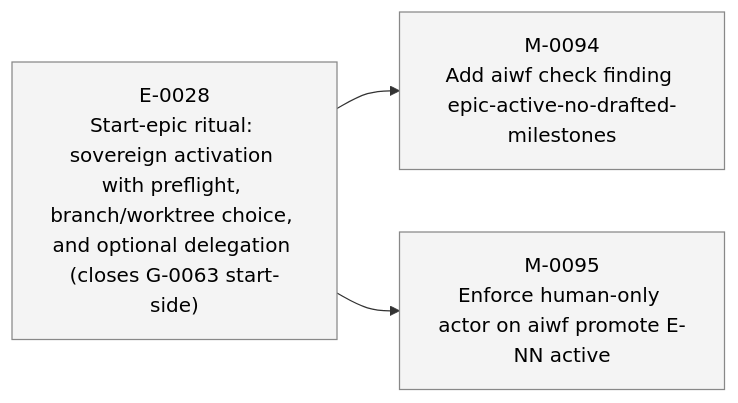
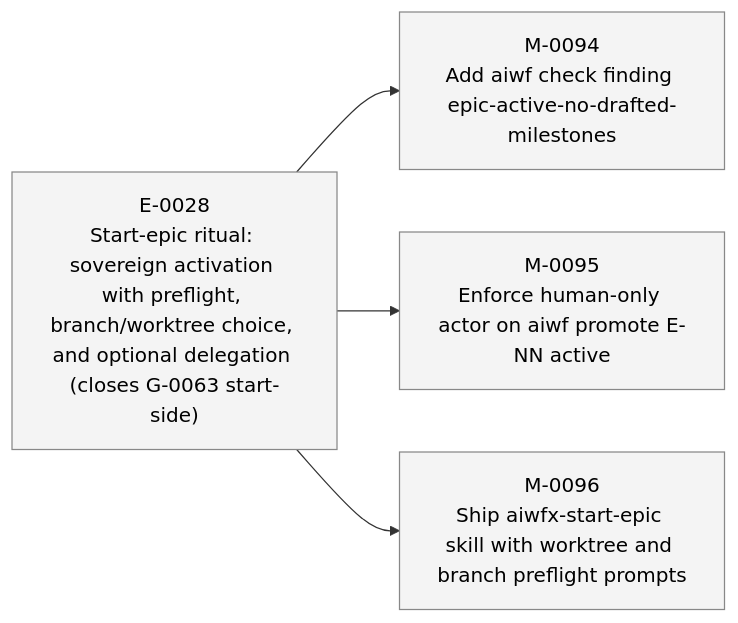
The third of 3 diagrams in STATUS.md (23min/aiwf), drawn with Mermaid before and after one commit. The commit also changed other lines of this file and 1 other file, not shown here.

First line of the commit message:
aiwf add milestone M-0096 "Ship aiwfx-start-epic skill with worktree and branch preflight prompts"

````diff
--- a/STATUS.md
+++ b/STATUS.md
@@ -69,14 +70,16 @@
 ```mermaid
 flowchart LR
   E_0028["E-0028<br/>Start-epic ritual: sovereign activation with preflight, branch/worktree choice, and optional delegation (closes G-0063 start-side)"]:::epic_proposed
   M_0094["M-0094<br/>Add aiwf check finding epic-active-no-drafted-milestones"]:::ms_draft
   E_0028 --> M_0094
   M_0095["M-0095<br/>Enforce human-only actor on aiwf promote E-NN active"]:::ms_draft
   E_0028 --> M_0095
+  M_0096["M-0096<br/>Ship aiwfx-start-epic skill with worktree and branch preflight prompts"]:::ms_draft
+  E_0028 --> M_0096
   classDef epic_active fill:#d6eaff,stroke:#1a73e8,color:#000
   classDef epic_proposed fill:#f4f4f4,stroke:#888,color:#000
   classDef ms_done fill:#d8f5d8,stroke:#2a8a2a,color:#000
   classDef ms_in_progress fill:#fff3c4,stroke:#caa400,color:#000
   classDef ms_draft fill:#f4f4f4,stroke:#888,color:#000
   classDef ms_cancelled fill:#fbeaea,stroke:#c33,color:#000
 ```
````
